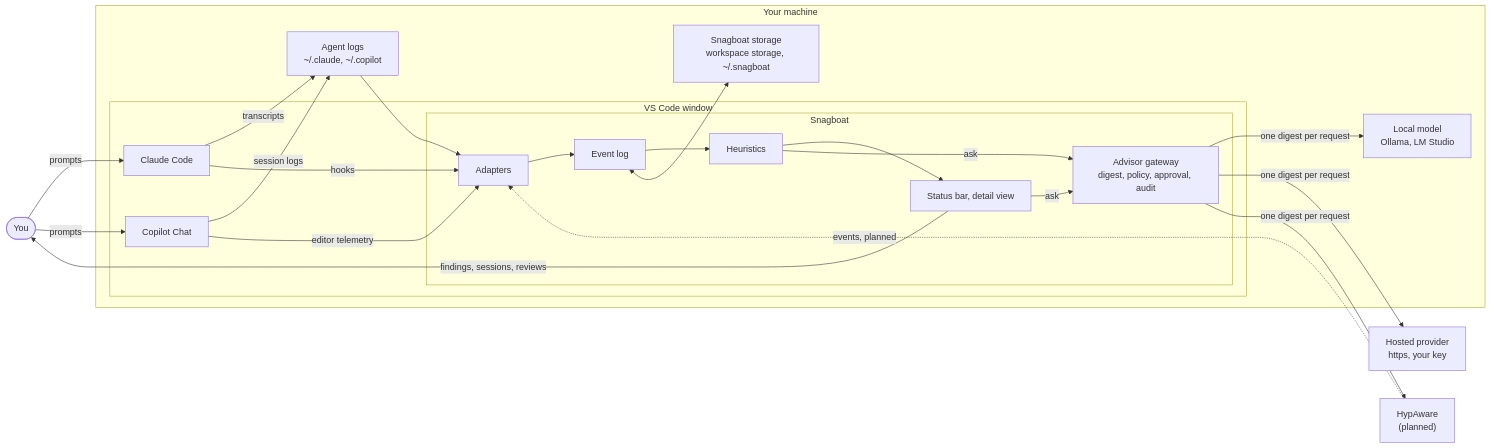
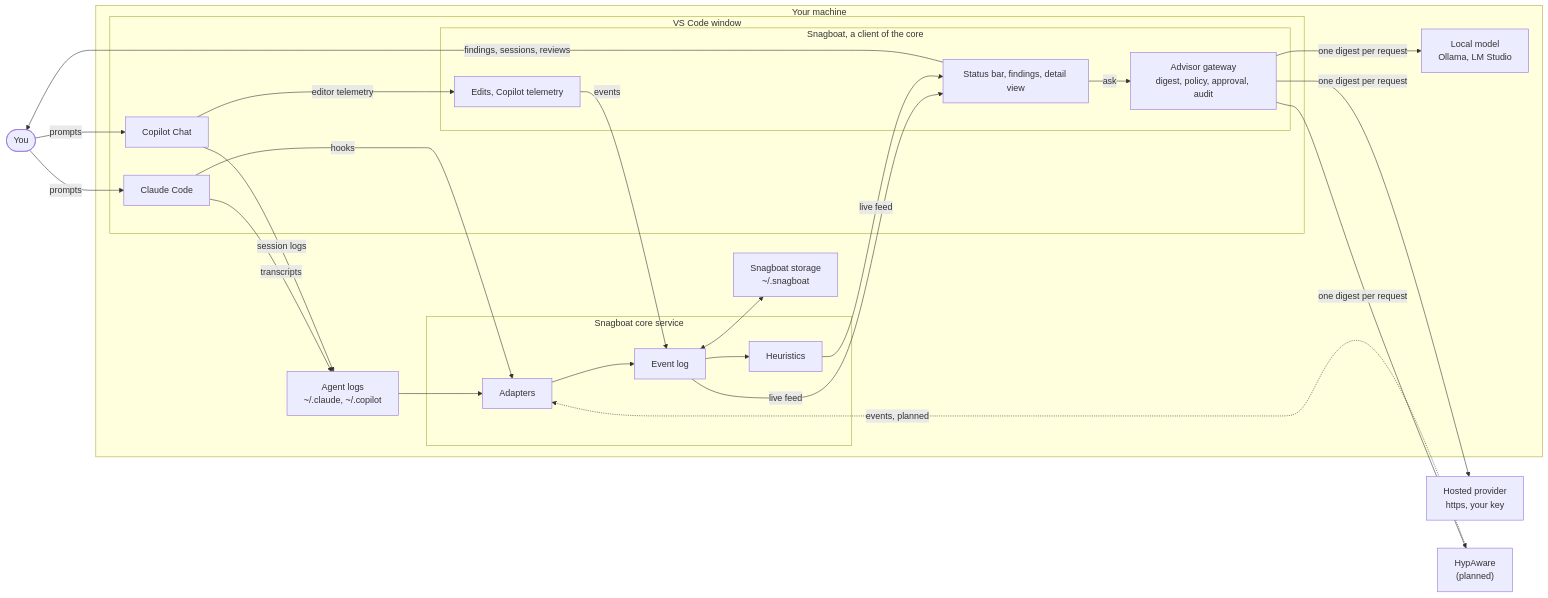
The first of 2 diagrams in docs/architecture.md (DChristianson/snagboat), drawn with Mermaid before and after one commit. The commit also changed other lines of this file and 42 other files, not shown here.

````diff
--- a/docs/architecture.md
+++ b/docs/architecture.md
@@ -11,33 +11,39 @@
 ```mermaid
 flowchart LR
   You(["You"])
 
   subgraph Machine["Your machine"]
     subgraph VSCode["VS Code window"]
       ClaudeCode["Claude Code"]
       Copilot["Copilot Chat"]
-      subgraph Snagboat
-        Adapters --> Log["Event log"] --> Heuristics --> UI["Status bar, detail view"]
+      subgraph Window["Snagboat, a client of the core"]
+        WindowAdapters["Edits, Copilot telemetry"]
+        UI["Status bar, findings, detail view"]
         Advisor["Advisor gateway<br>digest, policy, approval, audit"]
       end
     end
+    subgraph Core["Snagboat core service"]
+      Adapters --> Log["Event log"] --> Heuristics
+    end
     AgentLogs["Agent logs<br>~/.claude, ~/.copilot"]
-    Storage["Snagboat storage<br>workspace storage, ~/.snagboat"]
+    Storage["Snagboat storage<br>~/.snagboat"]
     LocalModel["Local model<br>Ollama, LM Studio"]
   end
 
   Hosted["Hosted provider<br>https, your key"]
   HypAware["HypAware<br>(planned)"]
 
   You -->|prompts| ClaudeCode & Copilot
   UI -->|findings, sessions, reviews| You
   ClaudeCode -->|transcripts| AgentLogs
   Copilot -->|session logs| AgentLogs
   AgentLogs --> Adapters
   ClaudeCode -->|hooks| Adapters
-  Copilot -->|editor telemetry| Adapters
+  Copilot -->|editor telemetry| WindowAdapters
+  WindowAdapters -->|events| Log
   Log <--> Storage
-  UI & Heuristics -->|ask| Advisor
+  Log & Heuristics -->|live feed| UI
+  UI -->|ask| Advisor
   Advisor -->|one digest per request| LocalModel & Hosted & HypAware
   HypAware -.->|events, planned| Adapters
 ```
````
